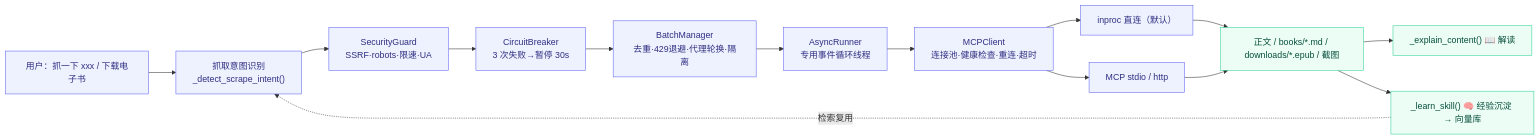
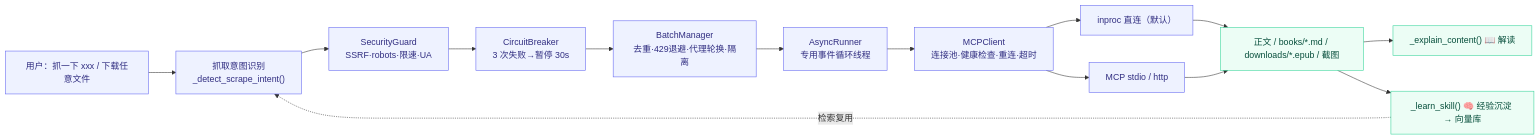
The first of 4 diagrams in docs/architecture.md (jiangchuangege/xiaojiao-harness), drawn with Mermaid before and after one commit. The commit also changed 4 other files, not shown here.

````diff
--- a/docs/architecture.md
+++ b/docs/architecture.md
@@ -149,21 +149,21 @@
 ```mermaid
 flowchart LR
-    REQ["用户：抓一下 xxx / 下载电子书"] --> DI["抓取意图识别<br/>_detect_scrape_intent()"]
+    REQ["用户：抓一下 xxx / 下载任意文件"] --> DI["抓取意图识别<br/>_detect_scrape_intent()"]
     DI --> SEC["SecurityGuard<br/>SSRF·robots·限速·UA"]
     SEC --> CB["CircuitBreaker<br/>3 次失败→暂停 30s"]
     CB --> BM["BatchManager<br/>去重·429退避·代理轮换·隔离"]
     BM --> AR["AsyncRunner<br/>专用事件循环线程"]
     AR --> MC["MCPClient<br/>连接池·健康检查·重连·超时"]
     MC --> IP["inproc 直连（默认）"]
     MC --> MP["MCP stdio / http"]
     IP --> OUT["正文 / books/*.md / downloads/*.epub / 截图"]
     MP --> OUT
     OUT --> EX["_explain_content() 📖 解读"]
     OUT --> LE["_learn_skill() 🧠 经验沉淀 → 向量库"]
     LE -. 检索复用 .-> DI
 
     classDef s fill:#eef2ff,stroke:#6366f1,color:#312e81;
     classDef o fill:#ecfdf5,stroke:#34d399,color:#064e3b;
     class REQ,DI,SEC,CB,BM,AR,MC,IP,MP s;
     class OUT,EX,LE o;
 ```
````
